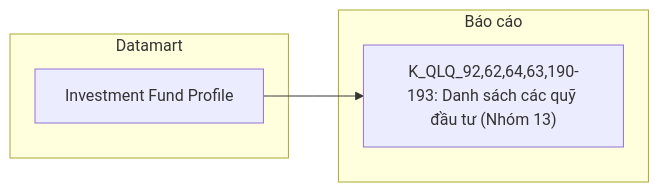
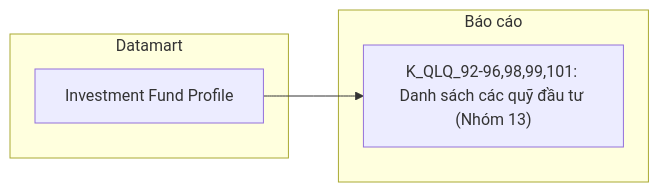
Before and after one commit to linhlvit/ubck_atomic_design: diagram 23 of 41 in Datamart/hld/DTM_QLQ_HLD.md, drawn with Mermaid. The commit also changed other lines of this file and 28 other files, not shown here.

Commit message:
feat(qlq): add LLD detail mapping, 23 entity table schemas, update HLD, sync datamart model and attributes

````diff
--- a/Datamart/hld/DTM_QLQ_HLD.md
+++ b/Datamart/hld/DTM_QLQ_HLD.md
@@ -904,10 +1117,10 @@
 ```mermaid
 flowchart LR
     subgraph GOLD["Datamart"]
         G1["Investment Fund Profile"]
     end
     subgraph RPT["Báo cáo"]
-        R1["K_QLQ_92,62,64,63,190-193: Danh sách các quỹ đầu tư (Nhóm 13)"]
+        R1["K_QLQ_92-96,98,99,101: Danh sách các quỹ đầu tư (Nhóm 13)"]
     end
     G1 --> R1
 ```
````
